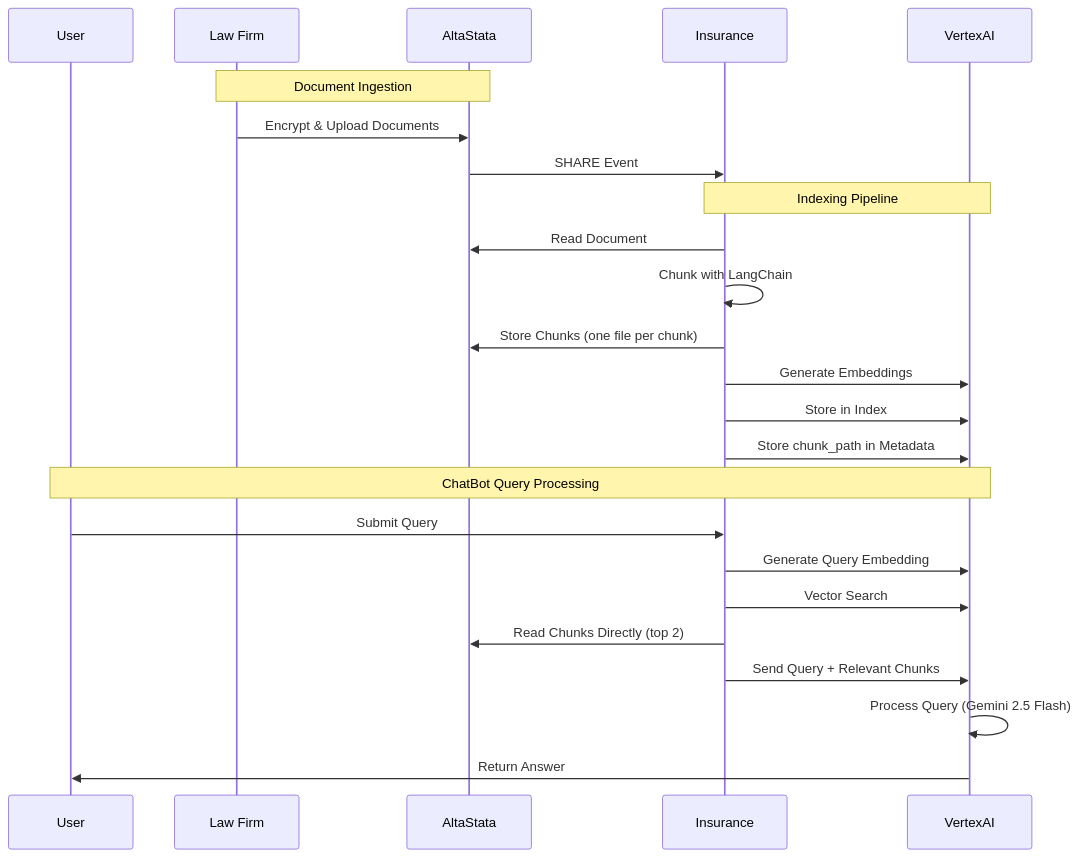
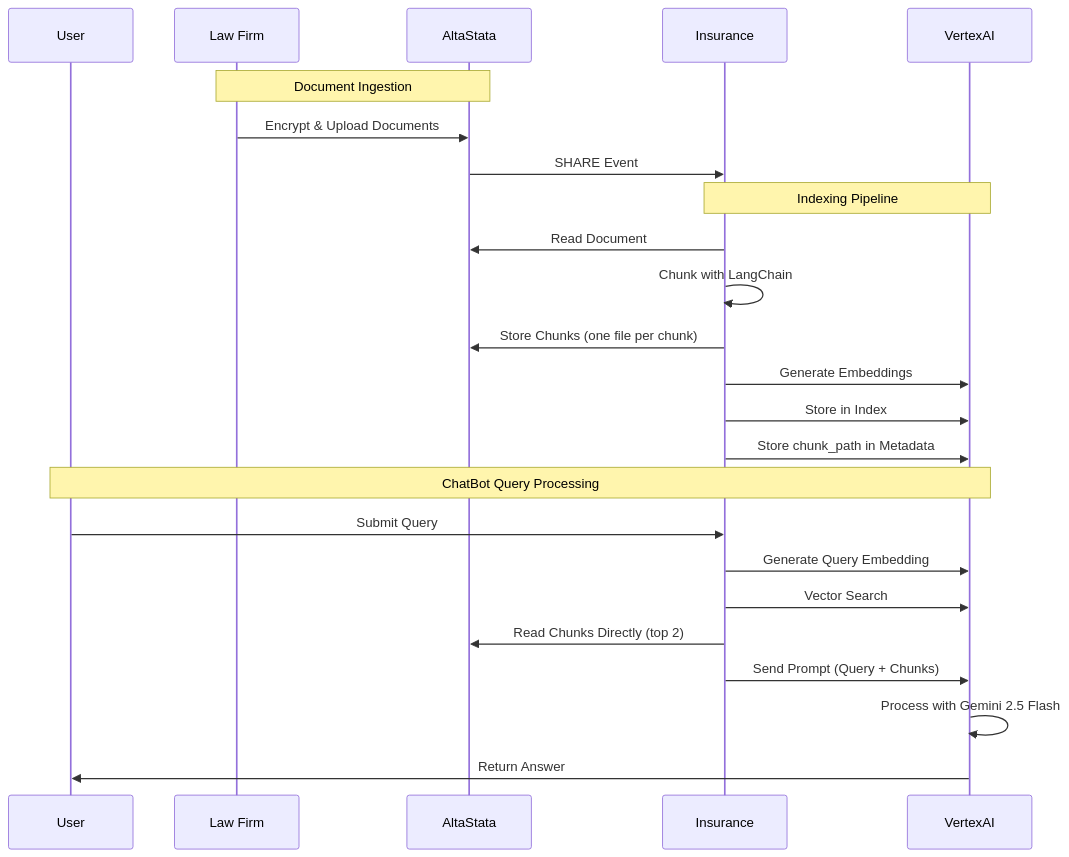
Before and after one commit to SergeVil/altastata-python-package: the second of 2 diagrams in rag-example/rag_architecture_diagram.md, drawn with Mermaid.

Commit message:
Clarify query vs prompt terminology in sequence diagram
- User submits Query (their question)
- Insurance builds Prompt (Query + Chunks) to send to Vertex AI
- Vertex AI processes with Gemini 2.5 Flash
- Clarifies distinction between user input (query) and LLM input (prompt)

````diff
--- a/rag-example/rag_architecture_diagram.md
+++ b/rag-example/rag_architecture_diagram.md
@@ -89,29 +89,29 @@
 ```mermaid
 sequenceDiagram
     participant User
     participant Law Firm
     participant AltaStata
     participant Insurance
     participant VertexAI
     
     Note over Law Firm,AltaStata: Document Ingestion
     Law Firm->>AltaStata: Encrypt & Upload Documents
     AltaStata->>Insurance: SHARE Event
     
     Note over Insurance,VertexAI: Indexing Pipeline
     Insurance->>AltaStata: Read Document
     Insurance->>Insurance: Chunk with LangChain
     Insurance->>AltaStata: Store Chunks (one file per chunk)
     Insurance->>VertexAI: Generate Embeddings
     Insurance->>VertexAI: Store in Index
     Insurance->>VertexAI: Store chunk_path in Metadata
     
     Note over User,VertexAI: ChatBot Query Processing
     User->>Insurance: Submit Query
     Insurance->>VertexAI: Generate Query Embedding
     Insurance->>VertexAI: Vector Search
     Insurance->>AltaStata: Read Chunks Directly (top 2)
-    Insurance->>VertexAI: Send Query + Relevant Chunks
-    VertexAI->>VertexAI: Process Query (Gemini 2.5 Flash)
+    Insurance->>VertexAI: Send Prompt (Query + Chunks)
+    VertexAI->>VertexAI: Process with Gemini 2.5 Flash
     VertexAI->>User: Return Answer
 ```
````
